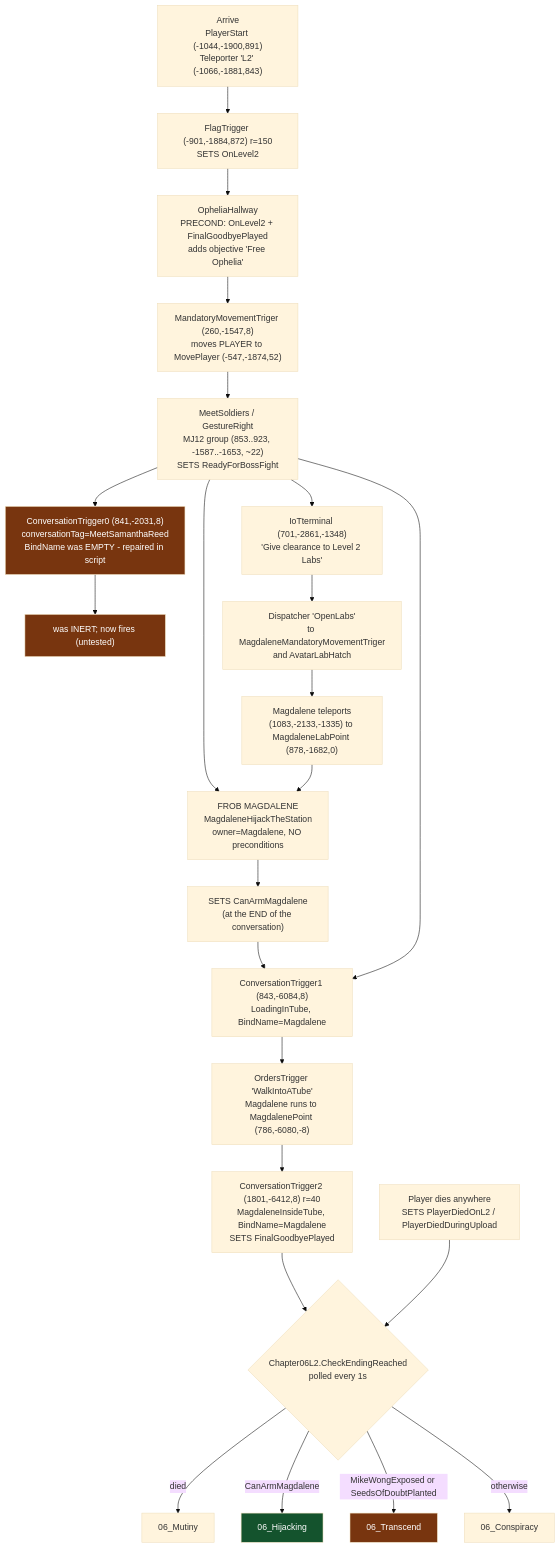
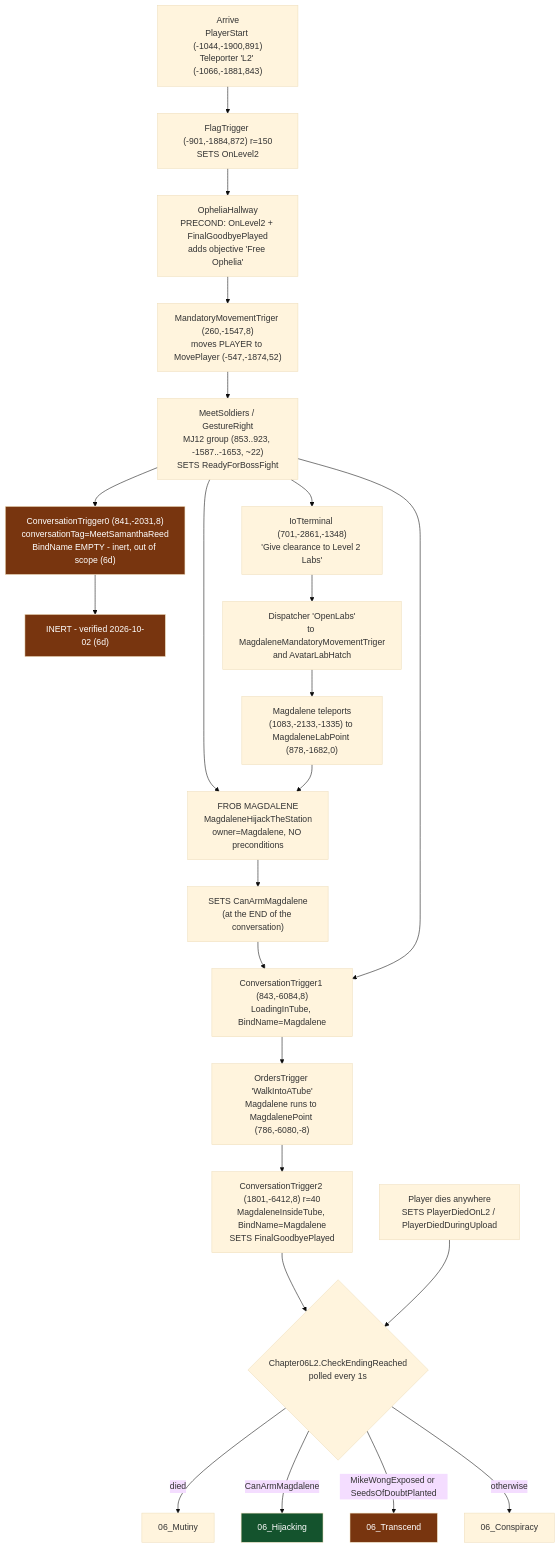
The diagram in CNNDocs/L2_WalkthroughMap.md (CorpArmstrong/CodenameNebulaUpdated), drawn with Mermaid (base theme) before and after one commit. The commit also changed other lines of this file and 3 other files, not shown here.

Commit message:
L2: drop dead Page/Daedalus goals, remove inert Samantha trigger repair; CNNConDump shows start gates

````diff
--- a/CNNDocs/L2_WalkthroughMap.md
+++ b/CNNDocs/L2_WalkthroughMap.md
@@ -149,51 +149,51 @@
 ```mermaid
 flowchart TD
     START["Arrive<br/>PlayerStart (-1044,-1900,891)<br/>Teleporter 'L2' (-1066,-1881,843)"]
     ONL2["FlagTrigger (-901,-1884,872) r=150<br/>SETS OnLevel2"]
     HALL["OpheliaHallway<br/>PRECOND: OnLevel2 + FinalGoodbyePlayed<br/>adds objective 'Free Ophelia'"]
     MOVE["MandatoryMovementTriger (260,-1547,8)<br/>moves PLAYER to MovePlayer (-547,-1874,52)"]
     SOLD["MeetSoldiers / GestureRight<br/>MJ12 group (853..923, -1587..-1653, ~22)<br/>SETS ReadyForBossFight"]
 
-    SAM["ConversationTrigger0 (841,-2031,8)<br/>conversationTag=MeetSamanthaReed<br/>BindName was EMPTY - repaired in script"]
-    DEAD["was INERT; now fires (untested)"]
+    SAM["ConversationTrigger0 (841,-2031,8)<br/>conversationTag=MeetSamanthaReed<br/>BindName EMPTY - inert, out of scope (6d)"]
+    DEAD["INERT - verified 2026-10-02 (6d)"]
 
     IOT["IoTterminal (701,-2861,-1348)<br/>'Give clearance to Level 2 Labs'"]
     OPENLABS["Dispatcher 'OpenLabs'<br/>to MagdaleneMandatoryMovementTriger<br/>and AvatarLabHatch"]
     MAGMOVE["Magdalene teleports<br/>(1083,-2133,-1335) to MagdaleneLabPoint (878,-1682,0)"]
 
     MAG["FROB MAGDALENE<br/>MagdaleneHijackTheStation<br/>owner=Magdalene, NO preconditions"]
     ARM["SETS CanArmMagdalene<br/>(at the END of the conversation)"]
 
     TUBE["ConversationTrigger1 (843,-6084,8)<br/>LoadingInTube, BindName=Magdalene"]
     WALK["OrdersTrigger 'WalkIntoATube'<br/>Magdalene runs to MagdalenePoint (786,-6080,-8)"]
     FINAL["ConversationTrigger2 (1801,-6412,8) r=40<br/>MagdaleneInsideTube, BindName=Magdalene<br/>SETS FinalGoodbyePlayed"]
 
     DEATH["Player dies anywhere<br/>SETS PlayerDiedOnL2 / PlayerDiedDuringUpload"]
 
     DECIDE{"Chapter06L2.CheckEndingReached<br/>polled every 1s"}
     MUT["06_Mutiny"]
     HIJ["06_Hijacking"]
     TRA["06_Transcend"]
     CON["06_Conspiracy"]
 
     START --> ONL2 --> HALL --> MOVE --> SOLD
     SOLD --> SAM --> DEAD
     SOLD --> IOT --> OPENLABS --> MAGMOVE
     SOLD --> MAG
     MAGMOVE --> MAG
     MAG --> ARM
     ARM --> TUBE
     SOLD --> TUBE
     TUBE --> WALK --> FINAL --> DECIDE
     DEATH --> DECIDE
 
     DECIDE -->|"died"| MUT
     DECIDE -->|"CanArmMagdalene"| HIJ
     DECIDE -->|"MikeWongExposed or SeedsOfDoubtPlanted"| TRA
     DECIDE -->|"otherwise"| CON
 
     style DEAD fill:#78350f,color:#fff
     style SAM fill:#78350f,color:#fff
     style TRA fill:#78350f,color:#fff
     style HIJ fill:#14532d,color:#fff
 ```
````
